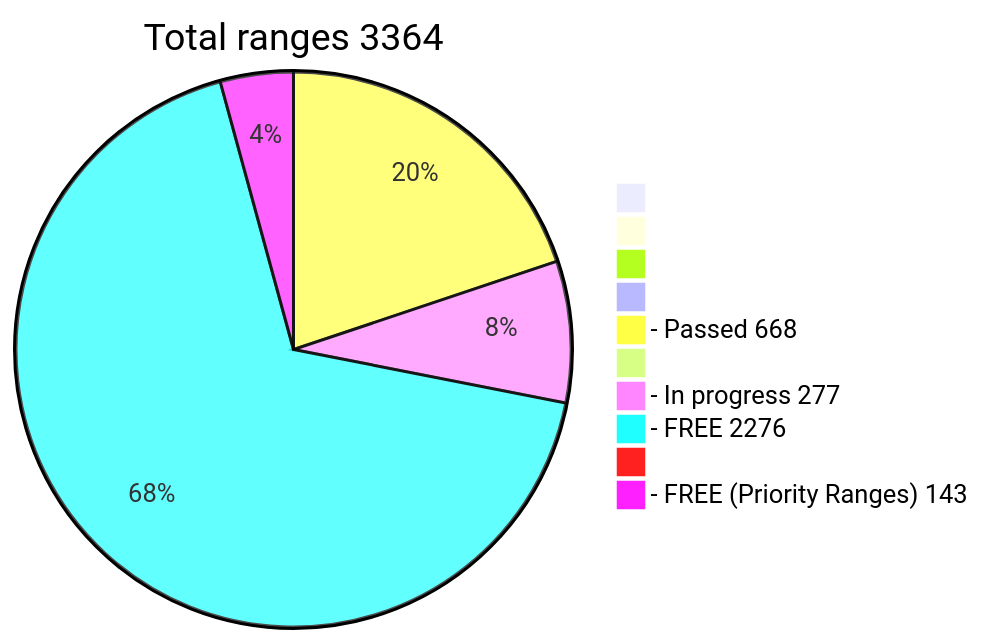
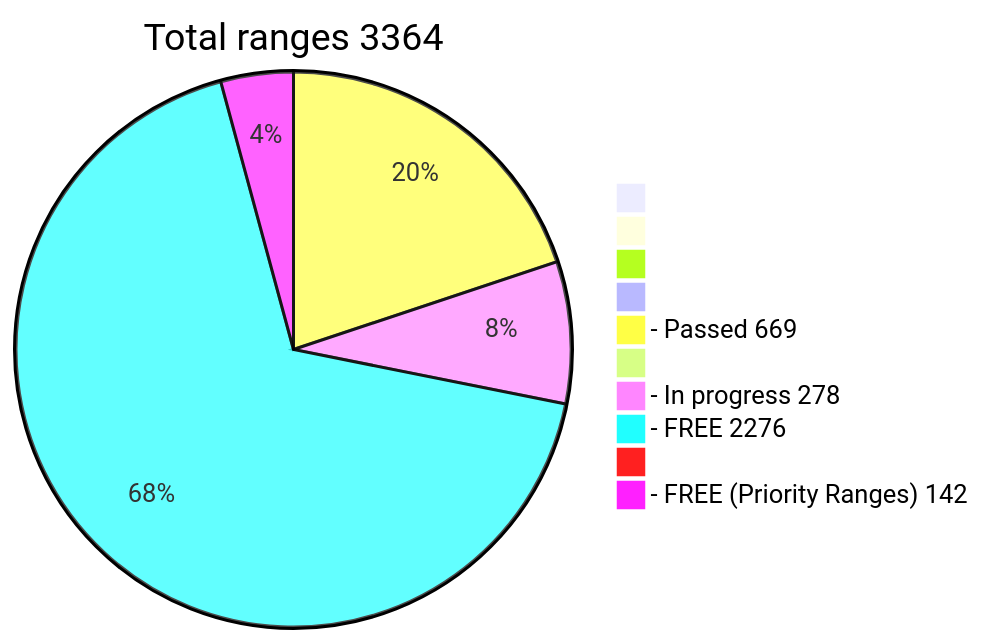
One commit to phrutis/wif500 changed the diagram in README.md. Above: the diagram before and after it, drawn with Mermaid.

````diff
--- a/README.md
+++ b/README.md
@@ -16,13 +16,13 @@
 ```mermaid
 pie title Total ranges 3364
              " " : 0
             "  " : 0
            "   " : 0
           "    " : 0
-  "- Passed 668" : 668
+  "- Passed 669" : 669
          "     " : 0
-  "- In progress 277" : 277
+  "- In progress 278" : 278
    "- FREE 2276" : 2276
         "      " : 0
-  "- FREE (Priority Ranges) 143" : 143
+  "- FREE (Priority Ranges) 142" : 142
 ```
````
